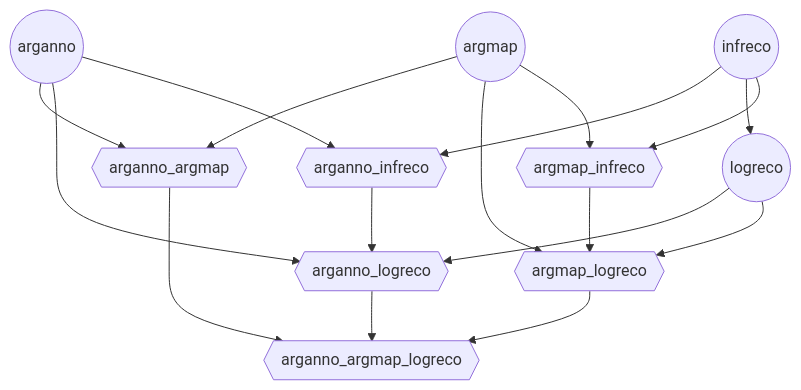
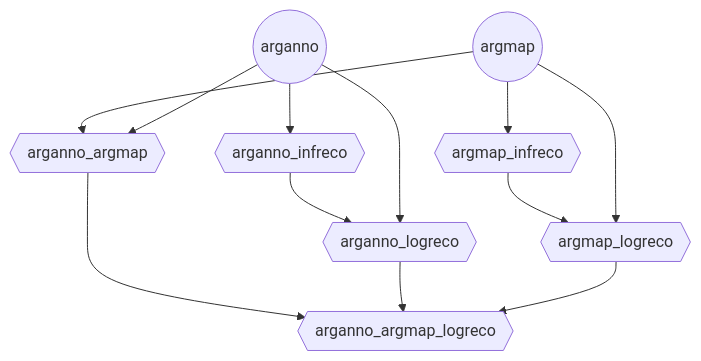
One commit to debatelab/argdown-feedback changed the second of 2 diagrams in src/envs/argdown_analysis/README.md. Above: the diagram before and after it, drawn with Mermaid. The commit also changed other lines of this file and 3 other files, not shown here.

````diff
--- a/src/envs/argdown_analysis/README.md
+++ b/src/envs/argdown_analysis/README.md
@@ -65,33 +65,26 @@
 ```mermaid
 flowchart TB
 
 T1{{arganno_argmap_logreco}}
 
 T2{{arganno_argmap}}
 T3{{arganno_logreco}}
 T4{{argmap_logreco}}
 T9{{arganno_infreco}}
 T10{{argmap_infreco}}
 
 T5((argmap))
 T6((arganno))
-T7((logreco))
-T8((infreco))
 
 
 T2 --> T1 
 T9 --> T3 --> T1
 T10 --> T4 --> T1
 
 T5 --> T2 
 T6 --> T2 
 T6 --> T3 
-T7 --> T3 
 T5 --> T4 
-T7 --> T4 
 T6 --> T9 
-T8 --> T9 
-T8 --> T7
 T5 --> T10
-T8 --> T10
 ```
````
